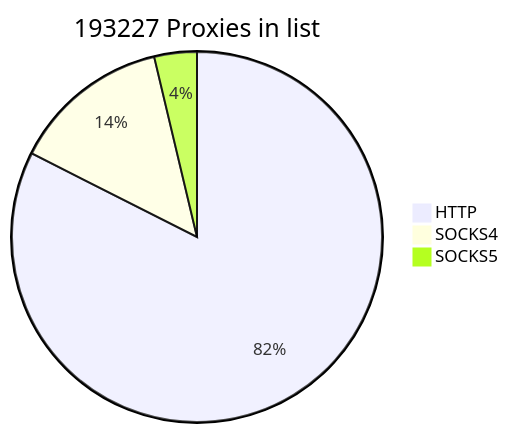
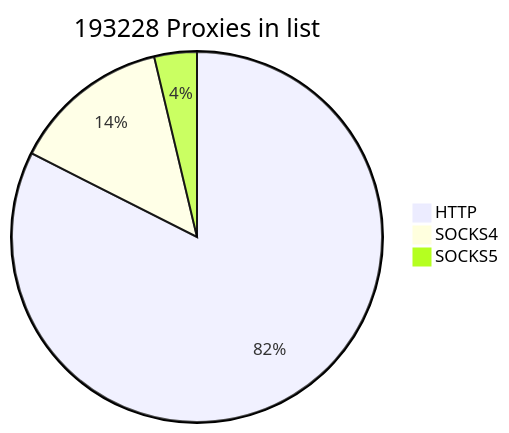
The first of 2 diagrams in README.md (cutipu/proxylist), drawn with Mermaid before and after one commit. The commit also changed other lines of this file, not shown here.

````diff
--- a/README.md
+++ b/README.md
@@ -2,7 +2,7 @@
 ```mermaid
-pie title 193227 Proxies in list
-    "HTTP" : 159331
+pie title 193228 Proxies in list
+    "HTTP" : 159332
     "SOCKS4" : 26716
     "SOCKS5" : 7180
             
 ```
````
